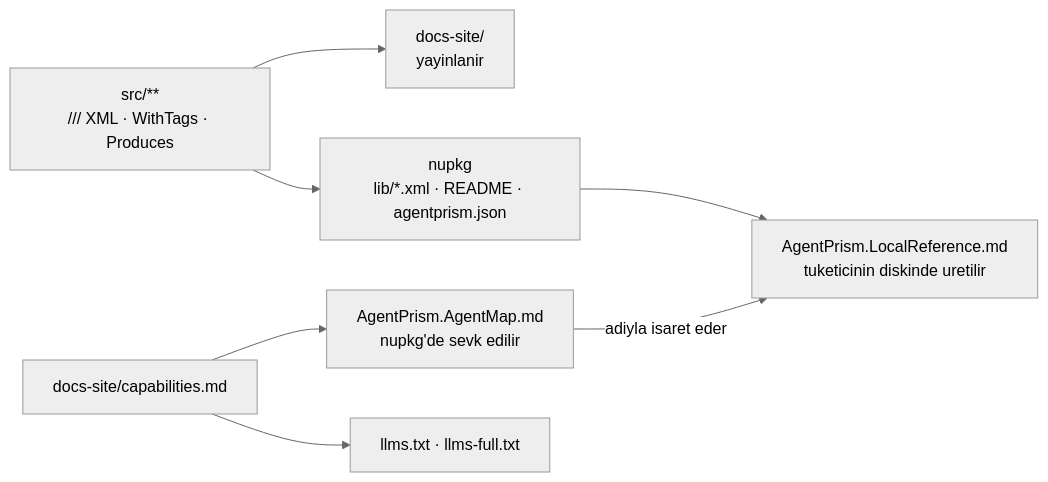
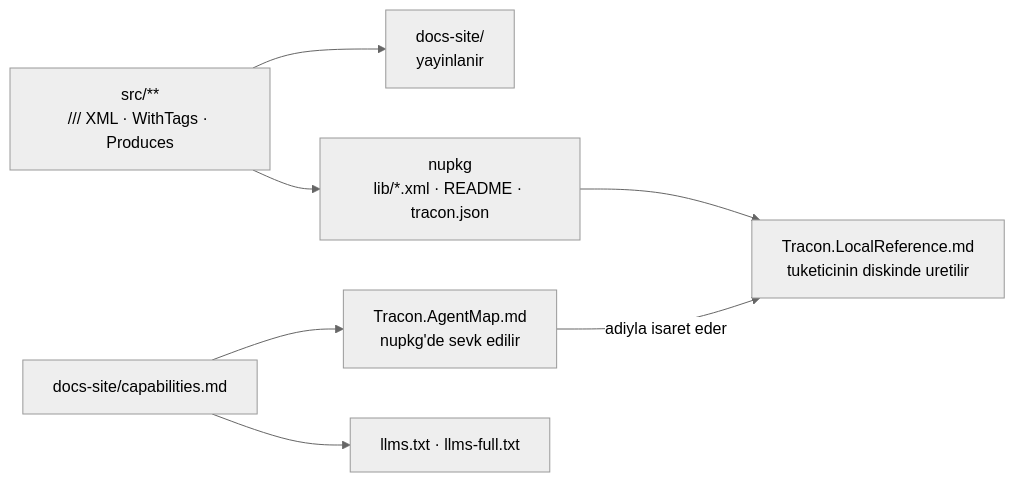
One commit to farukatasoy/Tracon changed the diagram in .agents/skills/tuketici-dokuman-senkronu/SKILL.md. Above: the diagram before and after it, drawn with Mermaid (neutral theme). The commit also changed other lines of this file and 4535 other files, not shown here.

````diff
--- a/.agents/skills/tuketici-dokuman-senkronu/SKILL.md
+++ b/.agents/skills/tuketici-dokuman-senkronu/SKILL.md
@@ -13,18 +13,18 @@
 ```mermaid
 flowchart LR
     accTitle: Uc tuketici yuzeyi ve kaynaklari
     accDescr: Kod site sayfalarini ve paket icerigini besler; capabilities.md agent haritasini ve llms dosyalarini uretir; harita yerel referans dosyasini adiyla isaret eder.
     KOD["src/**<br/>/// XML · WithTags · Produces"]
     CAP["docs-site/capabilities.md"]
     SITE["docs-site/<br/>yayinlanir"]
-    PKG["nupkg<br/>lib/*.xml · README · agentprism.json"]
-    YEREL["AgentPrism.LocalReference.md<br/>tuketicinin diskinde uretilir"]
-    MAP["AgentPrism.AgentMap.md<br/>nupkg'de sevk edilir"]
+    PKG["nupkg<br/>lib/*.xml · README · tracon.json"]
+    YEREL["Tracon.LocalReference.md<br/>tuketicinin diskinde uretilir"]
+    MAP["Tracon.AgentMap.md<br/>nupkg'de sevk edilir"]
     LLM["llms.txt · llms-full.txt"]
     KOD --> SITE
     KOD --> PKG
     PKG --> YEREL
     CAP --> MAP
     CAP --> LLM
     MAP -->|"adiyla isaret eder"| YEREL
 ```
````
